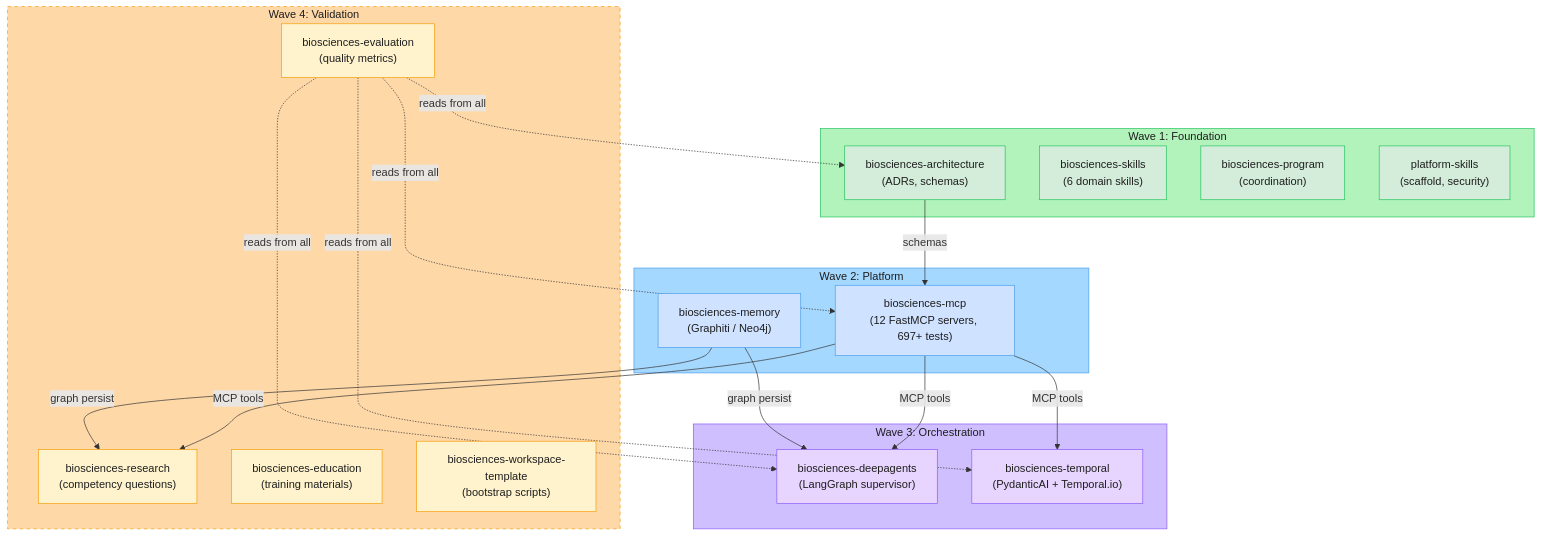
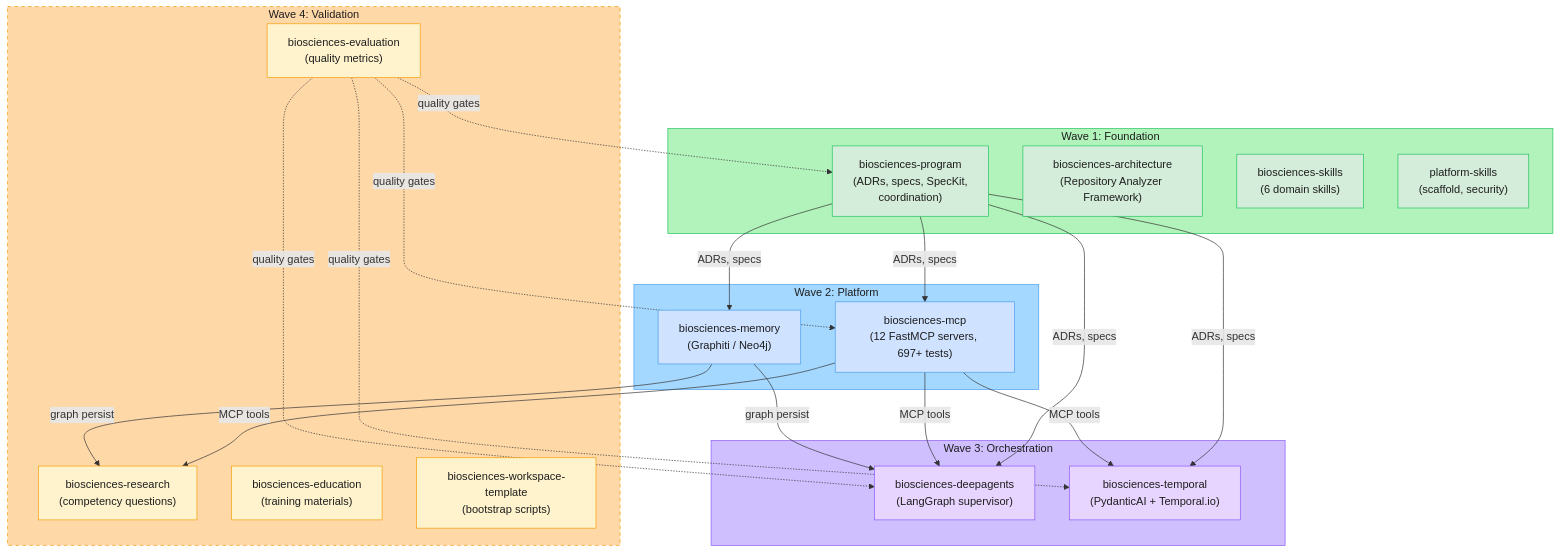
The diagram in docs/diagrams/repo-dependency-graph.md (open-biosciences/biosciences-program), drawn with Mermaid before and after one commit. The commit also changed other lines of this file and 2 other files, not shown here.

Commit message:
fix: update diagrams to reflect governance consolidation
- repo-dependency-graph: biosciences-program is now root provider
  (ADRs, specs, SpecKit), not biosciences-architecture. Add dependency
  edges from program to mcp, memory, deep, temporal.
- agent-ownership-map: Agent 2 (Platform Architect) now owns both
  biosciences-architecture and biosciences-program.
- ecosystem-positioning: ADR source is biosciences-program, not
  biosciences-architecture.

````diff
--- a/docs/diagrams/repo-dependency-graph.md
+++ b/docs/diagrams/repo-dependency-graph.md
@@ -6,56 +6,59 @@
 ```mermaid
 flowchart TD
     subgraph wave1["Wave 1: Foundation"]
-        arch["biosciences-architecture<br/>(ADRs, schemas)"]
+        program["biosciences-program<br/>(ADRs, specs, SpecKit,<br/>coordination)"]
+        arch["biosciences-architecture<br/>(Repository Analyzer Framework)"]
         skills["biosciences-skills<br/>(6 domain skills)"]
-        program["biosciences-program<br/>(coordination)"]
         platskills["platform-skills<br/>(scaffold, security)"]
     end
 
     subgraph wave2["Wave 2: Platform"]
         mcp["biosciences-mcp<br/>(12 FastMCP servers, 697+ tests)"]
         memory["biosciences-memory<br/>(Graphiti / Neo4j)"]
     end
 
     subgraph wave3["Wave 3: Orchestration"]
         deep["biosciences-deepagents<br/>(LangGraph supervisor)"]
         temporal["biosciences-temporal<br/>(PydanticAI + Temporal.io)"]
     end
 
     subgraph wave4["Wave 4: Validation"]
         eval["biosciences-evaluation<br/>(quality metrics)"]
         research["biosciences-research<br/>(competency questions)"]
         edu["biosciences-education<br/>(training materials)"]
         workspace["biosciences-workspace-template<br/>(bootstrap scripts)"]
     end
 
-    arch -->|schemas| mcp
+    program -->|ADRs, specs| mcp
+    program -->|ADRs, specs| memory
+    program -->|ADRs, specs| deep
+    program -->|ADRs, specs| temporal
     mcp -->|MCP tools| deep
     mcp -->|MCP tools| temporal
     mcp -->|MCP tools| research
     memory -->|graph persist| deep
     memory -->|graph persist| research
 
-    eval -.->|reads from all| arch
-    eval -.->|reads from all| mcp
-    eval -.->|reads from all| deep
-    eval -.->|reads from all| temporal
+    eval -.->|quality gates| program
+    eval -.->|quality gates| mcp
+    eval -.->|quality gates| deep
+    eval -.->|quality gates| temporal
 
     style wave1 fill:#b2f2bb,stroke:#22c55e,color:#1e1e1e
     style wave2 fill:#a5d8ff,stroke:#4a9eed,color:#1e1e1e
     style wave3 fill:#d0bfff,stroke:#8b5cf6,color:#1e1e1e
     style wave4 fill:#ffd8a8,stroke:#f59e0b,color:#1e1e1e,stroke-dasharray: 5 5
 
     style arch fill:#d4edda,stroke:#22c55e,color:#1e1e1e
     style skills fill:#d4edda,stroke:#22c55e,color:#1e1e1e
     style program fill:#d4edda,stroke:#22c55e,color:#1e1e1e
     style platskills fill:#d4edda,stroke:#22c55e,color:#1e1e1e
     style mcp fill:#cfe2ff,stroke:#4a9eed,color:#1e1e1e
     style memory fill:#cfe2ff,stroke:#4a9eed,color:#1e1e1e
     style deep fill:#e8d5ff,stroke:#8b5cf6,color:#1e1e1e
     style temporal fill:#e8d5ff,stroke:#8b5cf6,color:#1e1e1e
     style eval fill:#fff3cd,stroke:#f59e0b,color:#1e1e1e
     style research fill:#fff3cd,stroke:#f59e0b,color:#1e1e1e
     style edu fill:#fff3cd,stroke:#f59e0b,color:#1e1e1e
     style workspace fill:#fff3cd,stroke:#f59e0b,color:#1e1e1e
 ```
````
